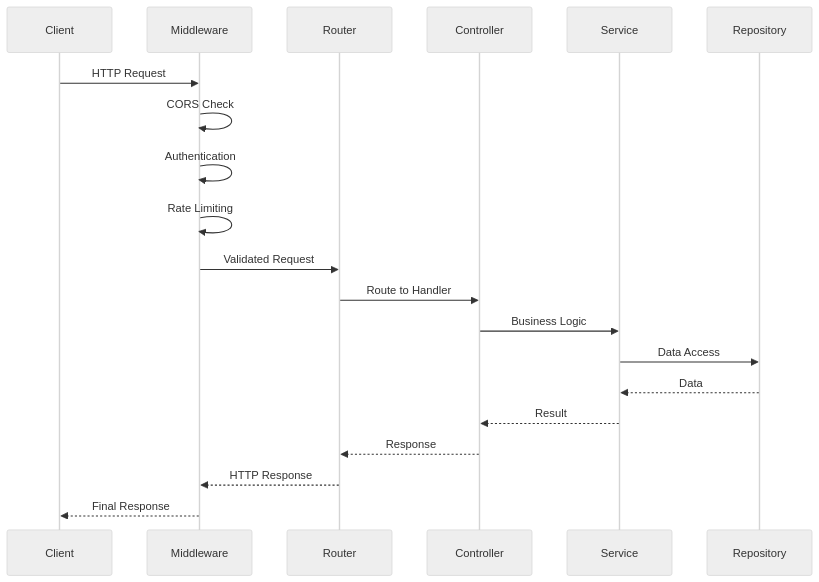
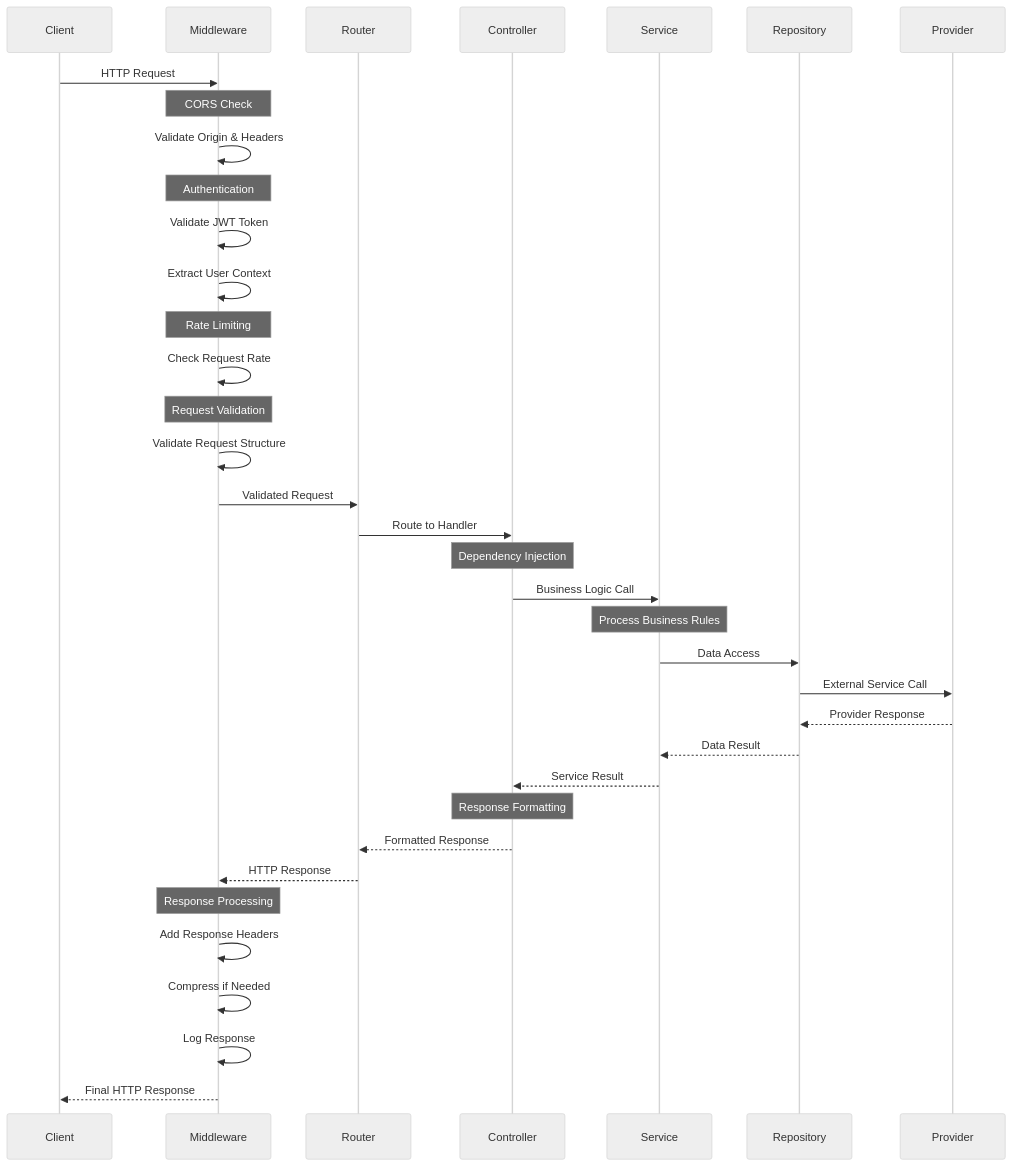
Diagram 13 of 19 in docs/system-architecture.md (MRCORD/university-chatbot), drawn with Mermaid (neutral theme) before and after one commit. The commit also changed other lines of this file, not shown here.

Commit message:
Implement new feature for user authentication and improve error handling

````diff
--- a/docs/system-architecture.md
+++ b/docs/system-architecture.md
@@ -1482,23 +1834,48 @@
 ```mermaid
 sequenceDiagram
     participant Client
     participant Middleware
     participant Router
     participant Controller
     participant Service
     participant Repository
+    participant Provider
     
     Client->>Middleware: HTTP Request
-    Middleware->>Middleware: CORS Check
-    Middleware->>Middleware: Authentication
-    Middleware->>Middleware: Rate Limiting
+    Note over Middleware: CORS Check
+    Middleware->>Middleware: Validate Origin & Headers
+    
+    Note over Middleware: Authentication
+    Middleware->>Middleware: Validate JWT Token
+    Middleware->>Middleware: Extract User Context
+    
+    Note over Middleware: Rate Limiting
+    Middleware->>Middleware: Check Request Rate
+    
+    Note over Middleware: Request Validation
+    Middleware->>Middleware: Validate Request Structure
+    
     Middleware->>Router: Validated Request
     Router->>Controller: Route to Handler
-    Controller->>Service: Business Logic
+    
+    Note over Controller: Dependency Injection
+    Controller->>Service: Business Logic Call
+    
+    Note over Service: Process Business Rules
     Service->>Repository: Data Access
-    Repository-->>Service: Data
-    Service-->>Controller: Result
-    Controller-->>Router: Response
+    Repository->>Provider: External Service Call
+    Provider-->>Repository: Provider Response
+    Repository-->>Service: Data Result
+    Service-->>Controller: Service Result
+    
+    Note over Controller: Response Formatting
+    Controller-->>Router: Formatted Response
     Router-->>Middleware: HTTP Response
-    Middleware-->>Client: Final Response
+    
+    Note over Middleware: Response Processing
+    Middleware->>Middleware: Add Response Headers
+    Middleware->>Middleware: Compress if Needed
+    Middleware->>Middleware: Log Response
+    
+    Middleware-->>Client: Final HTTP Response
 ```
````
